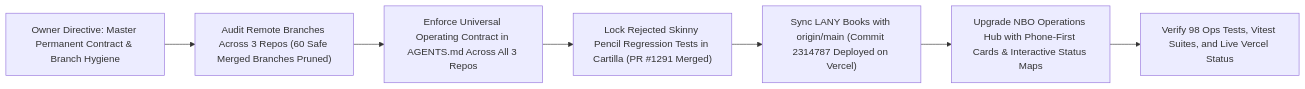
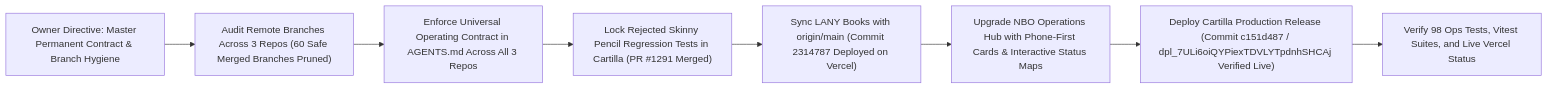
One commit to ejnburrows-rgb/Command-Center- changed the second of 2 diagrams in docs/OWNER-VISUAL-STATUS.md. Above: the diagram before and after it, drawn with Mermaid. The commit also changed other lines of this file and 1 other file, not shown here.

Commit message:
docs(status): sync Cartilla verified production deployment and live status

````diff
--- a/docs/OWNER-VISUAL-STATUS.md
+++ b/docs/OWNER-VISUAL-STATUS.md
@@ -33,10 +33,11 @@
 ```mermaid
 flowchart LR
     REQ["Owner Directive: Master Permanent Contract & Branch Hygiene"] 
     --> AUDIT["Audit Remote Branches Across 3 Repos (60 Safe Merged Branches Pruned)"]
     --> RULES["Enforce Universal Operating Contract in AGENTS.md Across All 3 Repos"]
     --> LOCKS["Lock Rejected Skinny Pencil Regression Tests in Cartilla (PR #1291 Merged)"]
     --> SYNC["Sync LANY Books with origin/main (Commit 2314787 Deployed on Vercel)"]
     --> UPGRADE["Upgrade NBO Operations Hub with Phone-First Cards & Interactive Status Maps"]
+    --> DEPLOY["Deploy Cartilla Production Release (Commit c151d487 / dpl_7ULi6oiQYPiexTDVLYTpdnhSHCAj Verified Live)"]
     --> VERIFY["Verify 98 Ops Tests, Vitest Suites, and Live Vercel Status"]
 ```
````
